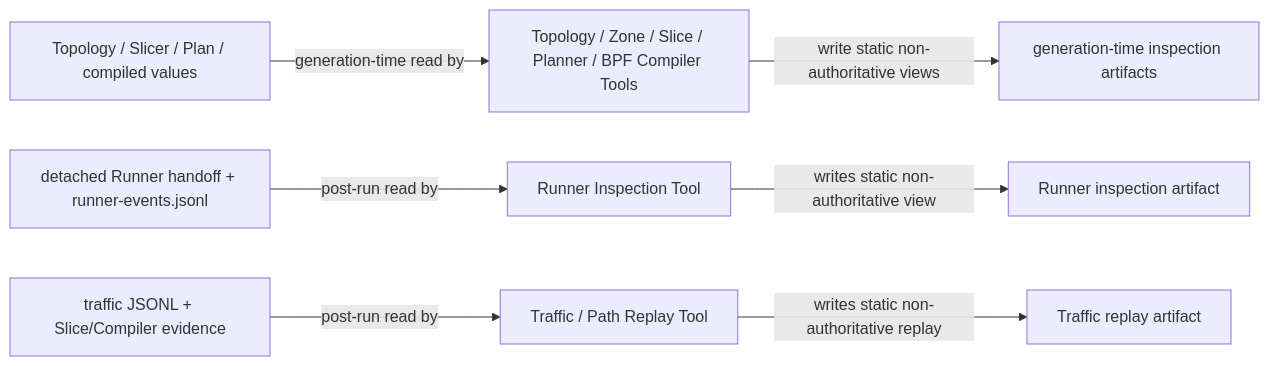
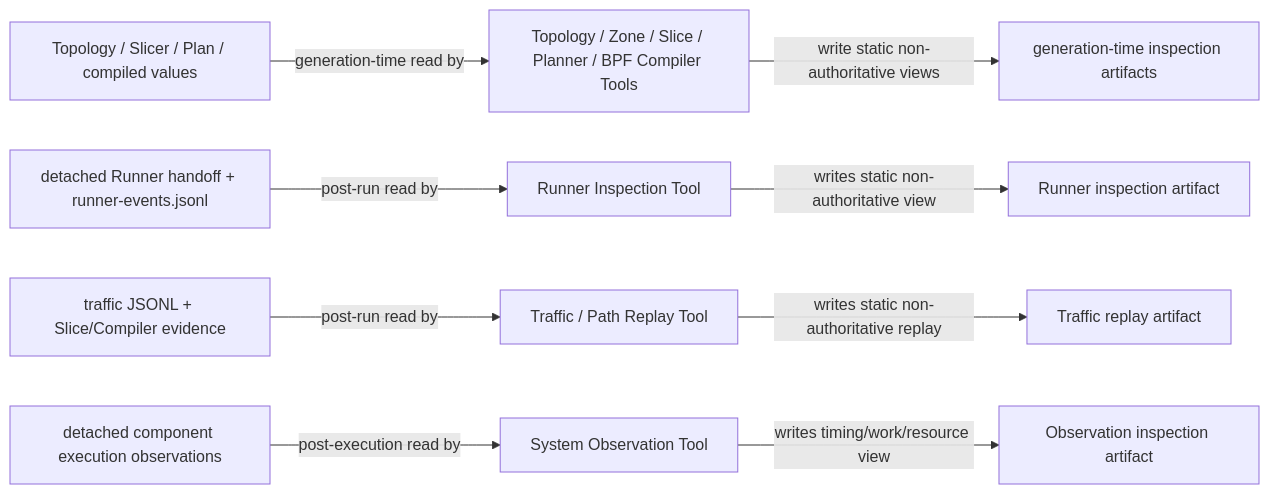
Before and after one commit to seed-labs/skyseed: the first of 2 diagrams in skyseed_v2/tools/README.md, drawn with Mermaid. The commit also changed other lines of this file and 79 other files, not shown here.

````diff
--- a/skyseed_v2/tools/README.md
+++ b/skyseed_v2/tools/README.md
@@ -12,11 +12,14 @@
 ```mermaid
 flowchart LR
     FORMAL["Topology / Slicer / Plan / compiled values"] -->|generation-time read by| GTOOLS["Topology / Zone / Slice / Planner / BPF Compiler Tools"]
     GTOOLS -->|write static non-authoritative views| GART["generation-time inspection artifacts"]
 
     RUNNER["detached Runner handoff + runner-events.jsonl"] -->|post-run read by| RTOOL["Runner Inspection Tool"]
     RTOOL -->|writes static non-authoritative view| RART["Runner inspection artifact"]
 
     TRAFFIC["traffic JSONL + Slice/Compiler evidence"] -->|post-run read by| TTOOL["Traffic / Path Replay Tool"]
     TTOOL -->|writes static non-authoritative replay| TART["Traffic replay artifact"]
+
+    OBS["detached component execution observations"] -->|post-execution read by| OTOOL["System Observation Tool"]
+    OTOOL -->|writes timing/work/resource view| OART["Observation inspection artifact"]
 ```
````
